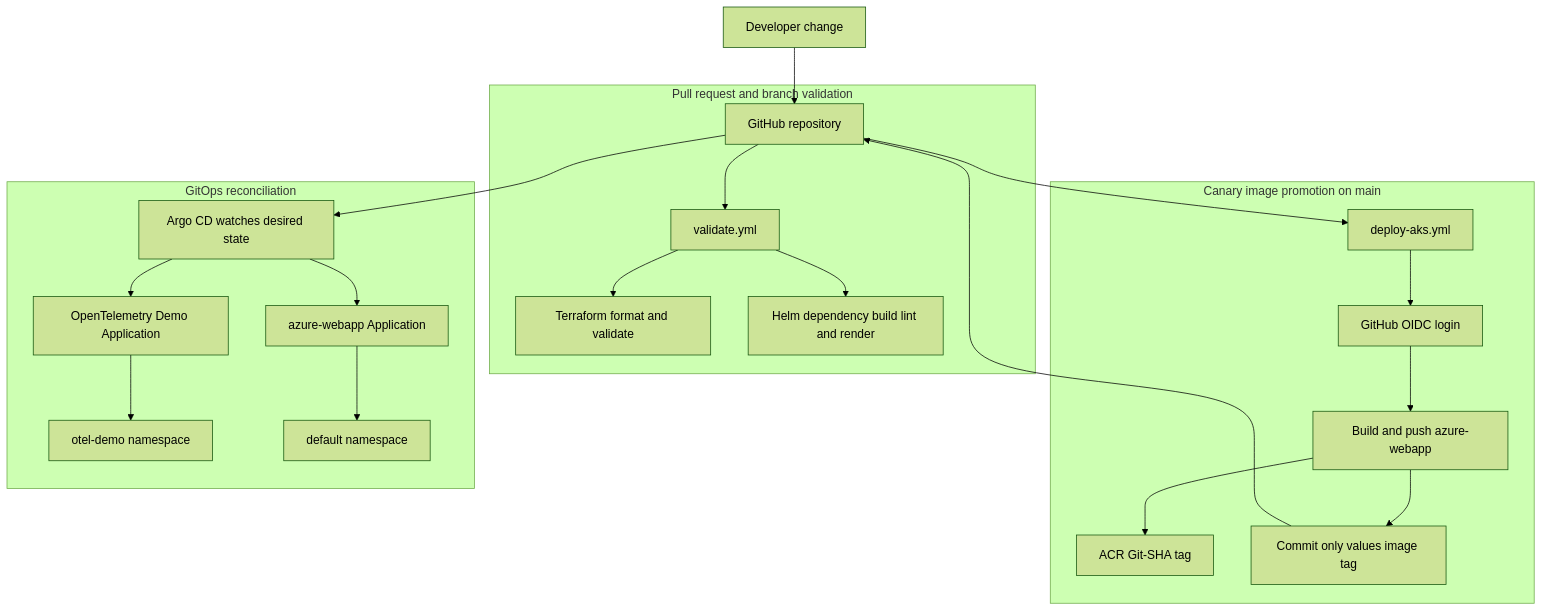
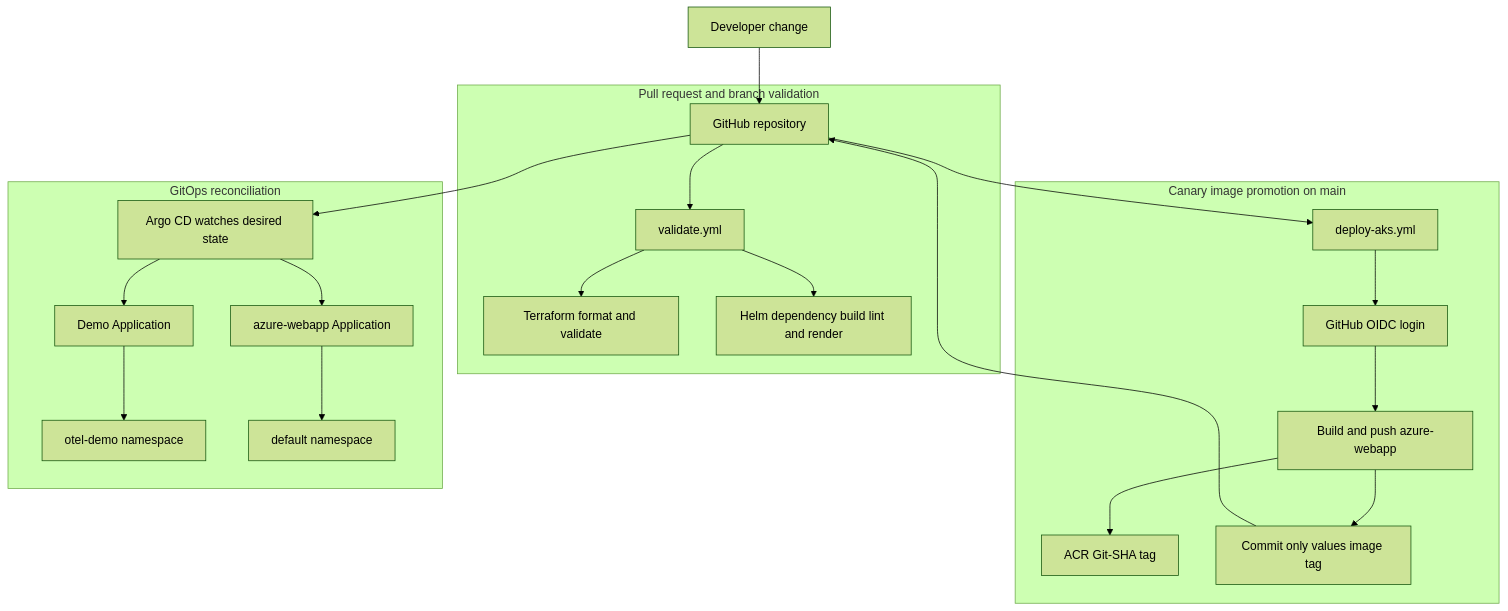
The second of 3 diagrams in README.md (TheShivm/azure-aks-gitops-delivery), drawn with Mermaid (forest theme) before and after one commit. The commit also changed other lines of this file, not shown here.

```diff
--- a/README.md
+++ b/README.md
@@ -164,27 +87,27 @@
 ~~~mermaid
 flowchart TB
   Change[Developer change] --> GitHub[GitHub repository]
 
   subgraph ValidationPath["Pull request and branch validation"]
     GitHub --> Validate[validate.yml]
     Validate --> TFChecks[Terraform format and validate]
     Validate --> HelmChecks[Helm dependency build lint and render]
   end
 
   subgraph CanaryPath["Canary image promotion on main"]
     GitHub --> Deploy[deploy-aks.yml]
     Deploy --> GitHubOIDC[GitHub OIDC login]
     GitHubOIDC --> PushImage[Build and push azure-webapp]
     PushImage --> ACRFlow[ACR Git-SHA tag]
     PushImage --> ValuesCommit[Commit only values image tag]
     ValuesCommit --> GitHub
   end
 
   subgraph Reconciliation["GitOps reconciliation"]
     GitHub --> ArgoFlow[Argo CD watches desired state]
-    ArgoFlow --> DemoApp[OpenTelemetry Demo Application]
+    ArgoFlow --> DemoApp[Demo Application]
     ArgoFlow --> CanaryApp[azure-webapp Application]
     DemoApp --> DemoNS[otel-demo namespace]
     CanaryApp --> DefaultNS[default namespace]
   end
 ~~~
```
